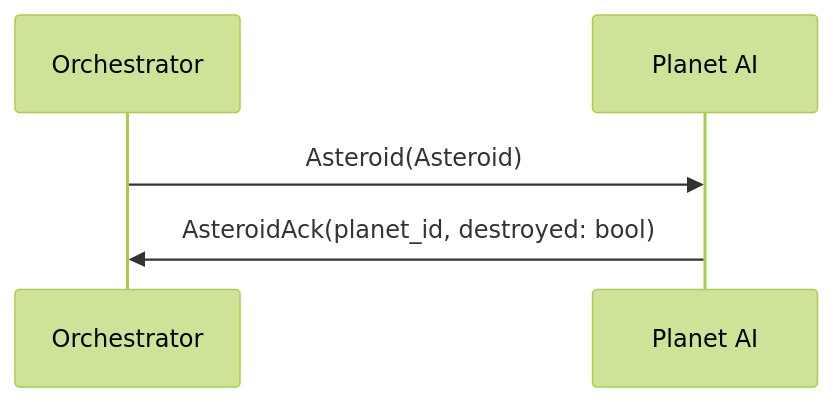
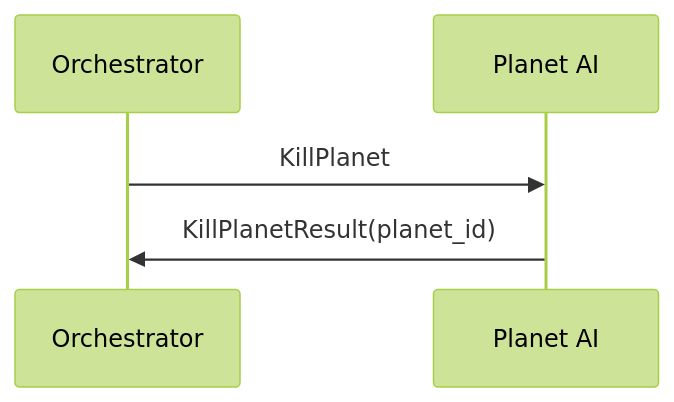
One commit to unitn-ap-2025/common changed the fourth of 23 diagrams in MESSAGE_DIAGRAMS.md. Above: the diagram before and after it, drawn with Mermaid (forest theme). The commit also changed other lines of this file and 5 other files, not shown here.

Commit message:
Fix Issue #142, added and updated MESSAGE_DIAGRAMS file with sequence diagrams pf the protocol + fixed protocol doc comments for readability

````diff
--- a/MESSAGE_DIAGRAMS.md
+++ b/MESSAGE_DIAGRAMS.md
@@ -39,8 +41,8 @@
 ```mermaid
 sequenceDiagram
     participant O as Orchestrator
     participant P as Planet AI
-
-    O->>P: Asteroid(Asteroid)
-    P->>O: AsteroidAck(planet_id, destroyed: bool)
+    
+    O->>P: KillPlanet
+    P->>O: KillPlanetResult(planet_id)
 ```
````
